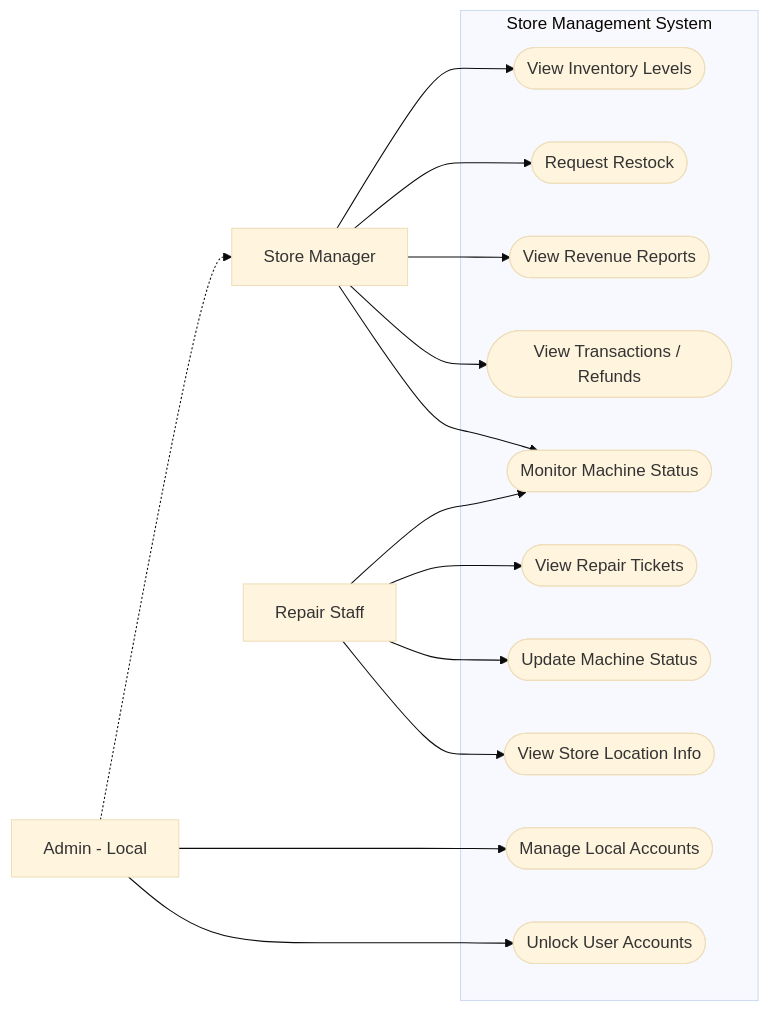
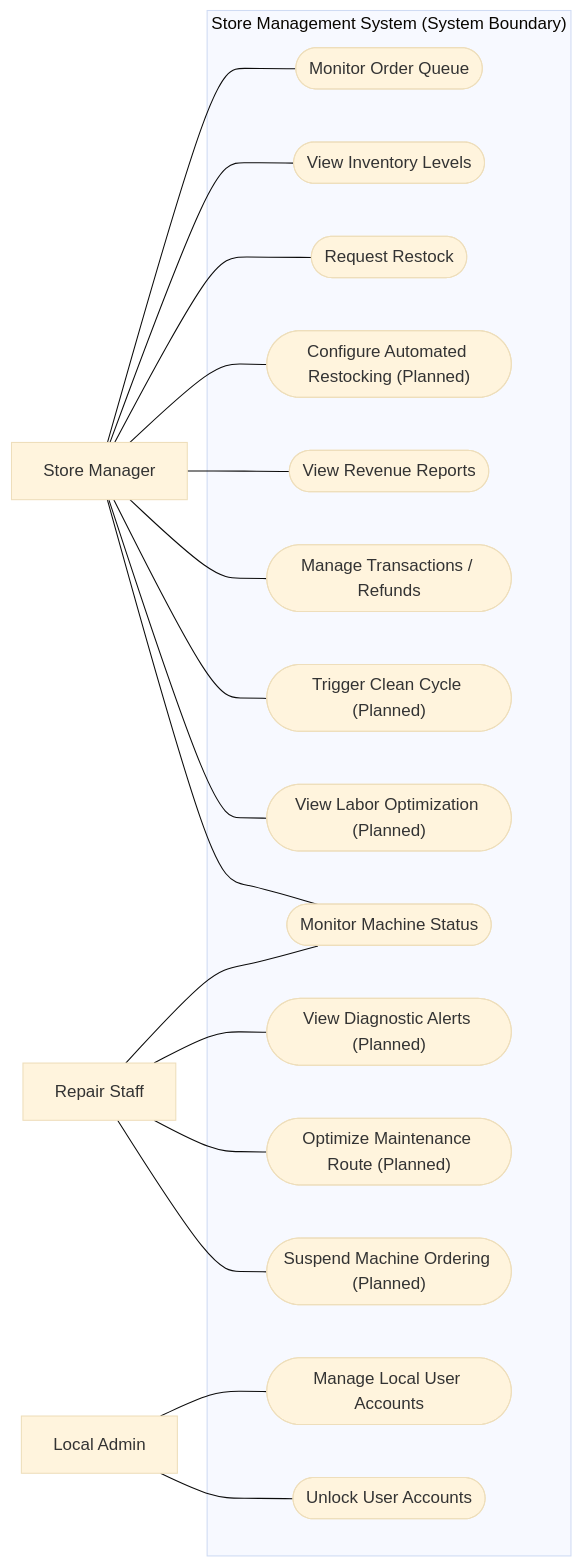
One commit to CS3450-Team-3/codepop changed the second of 3 diagrams in documents/new_docs/Requirements_v2.md. Above: the diagram before and after it, drawn with Mermaid (base theme). The commit also changed other lines of this file, not shown here.

````diff
--- a/documents/new_docs/Requirements_v2.md
+++ b/documents/new_docs/Requirements_v2.md
@@ -630,39 +702,48 @@
 ```mermaid
 flowchart LR
-    %% Users
-    Manager[Store Manager]
-    Repair[Repair Staff]
-    LocalAdmin[Admin - Local]
+    Manager["Store Manager"]
+    Repair["Repair Staff"]
+    LocalAdmin["Local Admin"]
 
-    subgraph "Store Management System"
-        uc_inv([View Inventory Levels])
-        uc_restock([Request Restock])
-        uc_rev([View Revenue Reports])
-        uc_trans([View Transactions / Refunds])
-        uc_status([Monitor Machine Status])
+    subgraph "Store Management System (System Boundary)"
+        %% Manager specific
+        SM1(["Monitor Order Queue"])
+        SM2(["View Inventory Levels"])
+        SM3(["Request Restock"])
+        SM4(["Configure Automated Restocking (Planned)"])
+        SM5(["View Revenue Reports"])
+        SM6(["Manage Transactions / Refunds"])
+        SM8(["Trigger Clean Cycle (Planned)"])
+        SM9(["View Labor Optimization (Planned)"])
 
-        uc_accts([Manage Local Accounts])
-        uc_unlock([Unlock User Accounts])
+        %% Shared / Machine focus
+        SM7(["Monitor Machine Status"])
 
-        uc_tickets([View Repair Tickets])
-        uc_upd_status([Update Machine Status])
-        uc_loc([View Store Location Info])
+        %% Repair specific
+        SM12(["View Diagnostic Alerts (Planned)"])
+        SM13(["Optimize Maintenance Route (Planned)"])
+        SM14(["Suspend Machine Ordering (Planned)"])
+
+        %% Local Admin specific
+        SM10(["Manage Local User Accounts"])
+        SM11(["Unlock User Accounts"])
     end
 
-    %% Relationships
-    LocalAdmin -.-> Manager
+    Manager --- SM1
+    Manager --- SM2
+    Manager --- SM3
+    Manager --- SM4
+    Manager --- SM5
+    Manager --- SM6
+    Manager --- SM8
+    Manager --- SM9
+    Manager --- SM7
 
-    Manager --> uc_inv
-    Manager --> uc_restock
-    Manager --> uc_rev
-    Manager --> uc_trans
-    Manager --> uc_status
+    Repair --- SM7
+    Repair --- SM12
+    Repair --- SM13
+    Repair --- SM14
 
-    LocalAdmin --> uc_accts
-    LocalAdmin --> uc_unlock
-
-    Repair --> uc_status
-    Repair --> uc_tickets
-    Repair --> uc_upd_status
-    Repair --> uc_loc
+    LocalAdmin --- SM10
+    LocalAdmin --- SM11
 ```
````
